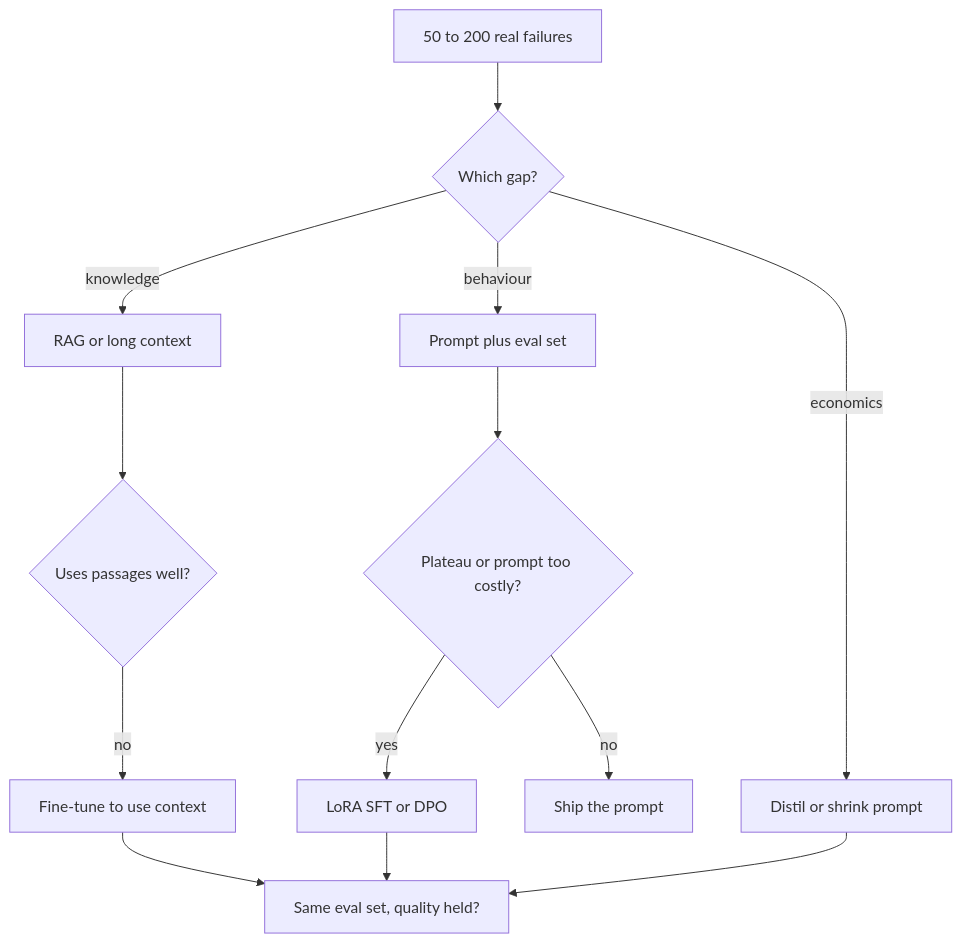
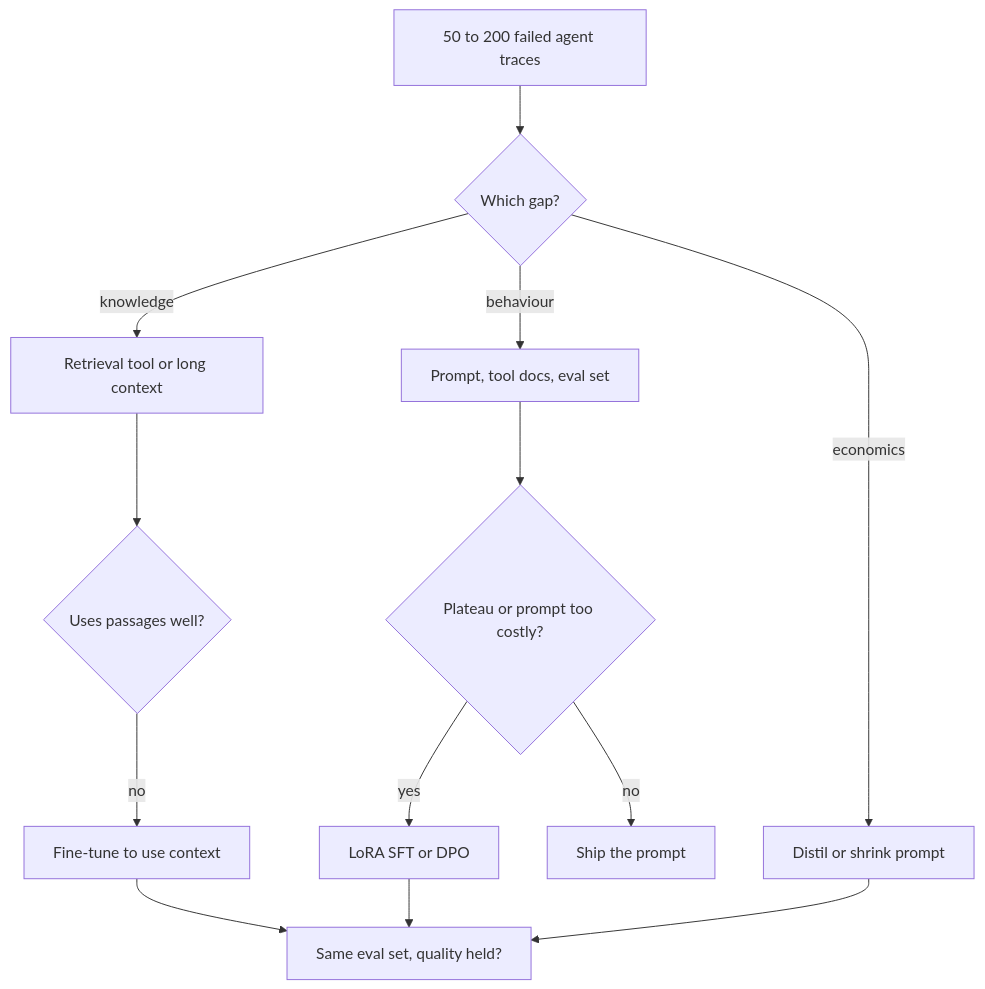
Before and after one commit to lovishmahajan97/agentic-learning: the diagram in content/training-adaptation/fine-tune-vs-rag-vs-prompt-decision.md, drawn with Mermaid. The commit also changed other lines of this file and 266 other files, not shown here.

````diff
--- a/content/training-adaptation/fine-tune-vs-rag-vs-prompt-decision.md
+++ b/content/training-adaptation/fine-tune-vs-rag-vs-prompt-decision.md
@@ -115,15 +135,15 @@
 ```mermaid
 flowchart TD
-    F["50 to 200 real failures"] --> C{"Which gap?"}
-    C -->|"knowledge"| R["RAG or long context"]
+    F["50 to 200 failed agent traces"] --> C{"Which gap?"}
+    C -->|"knowledge"| R["Retrieval tool or long context"]
     R --> U{"Uses passages well?"}
     U -->|"no"| RF["Fine-tune to use context"]
-    C -->|"behaviour"| P["Prompt plus eval set"]
+    C -->|"behaviour"| P["Prompt, tool docs, eval set"]
     P --> PL{"Plateau or prompt too costly?"}
     PL -->|"yes"| L["LoRA SFT or DPO"]
     C -->|"economics"| D["Distil or shrink prompt"]
     D --> E["Same eval set, quality held?"]
     L --> E
     RF --> E
     PL -->|"no"| S["Ship the prompt"]
 ```
````
